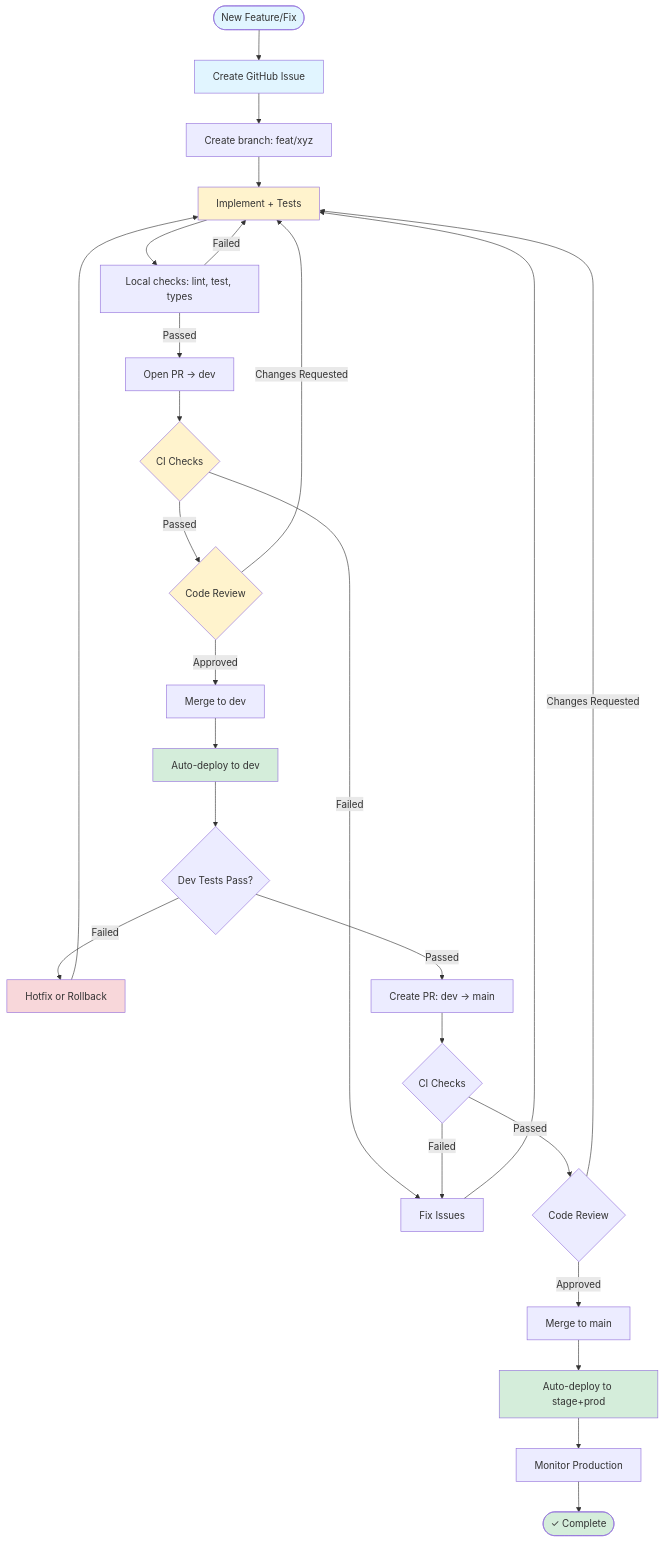
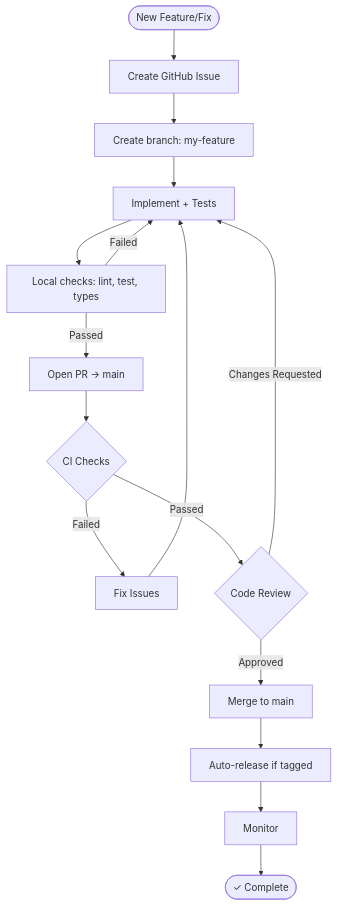
Before and after one commit to TheDataEngineX/dex: the diagram in docs/sdlc.md, drawn with Mermaid. The commit also changed other lines of this file and 59 other files, not shown here.

````diff
--- a/docs/sdlc.md
+++ b/docs/sdlc.md
@@ -141,38 +118,18 @@
 ```mermaid
 flowchart TD
     Start([New Feature/Fix]) --> Issue[Create GitHub Issue]
-    Issue --> Branch["Create branch: feat/xyz"]
+    Issue --> Branch["Create branch: my-feature"]
     Branch --> Code[Implement + Tests]
     Code --> Local["Local checks: lint, test, types"]
     Local -->|Failed| Code
-    Local -->|Passed| PR["Open PR → dev"]
+    Local -->|Passed| PR["Open PR → main"]
     PR --> CI{CI Checks}
     CI -->|Failed| Fix[Fix Issues]
     Fix --> Code
     CI -->|Passed| Review{Code Review}
     Review -->|Changes Requested| Code
-    Review -->|Approved| MergeDev["Merge to dev"]
-    MergeDev --> DevDeploy[Auto-deploy to dev]
-    DevDeploy --> DevTest{Dev Tests Pass?}
-    DevTest -->|Failed| Hotfix[Hotfix or Rollback]
-    Hotfix --> Code
-    DevTest -->|Passed| ReleasePR["Create PR: dev → main"]
-    ReleasePR --> ReleaseCI{CI Checks}
-    ReleaseCI -->|Failed| Fix
-    ReleaseCI -->|Passed| ReleaseReview{Code Review}
-    ReleaseReview -->|Changes Requested| Code
-    ReleaseReview -->|Approved| MergeMain["Merge to main"]
-    MergeMain --> ProdDeploy[Auto-deploy to stage+prod]
-    ProdDeploy --> Monitor[Monitor Production]
+    Review -->|Approved| MergeMain["Merge to main"]
+    MergeMain --> Prod[Auto-release if tagged]
+    Prod --> Monitor[Monitor]
     Monitor --> End([✓ Complete])
-
-    style Start fill:#e1f5ff
-    style Issue fill:#e1f5ff
-    style Code fill:#fff3cd
-    style CI fill:#fff3cd
-    style Review fill:#fff3cd
-    style DevDeploy fill:#d4edda
-    style ProdDeploy fill:#d4edda
-    style End fill:#d4edda
-    style Hotfix fill:#f8d7da
 ```
````
